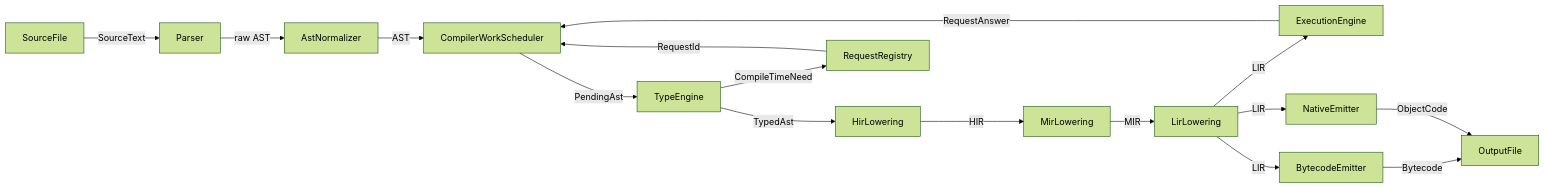
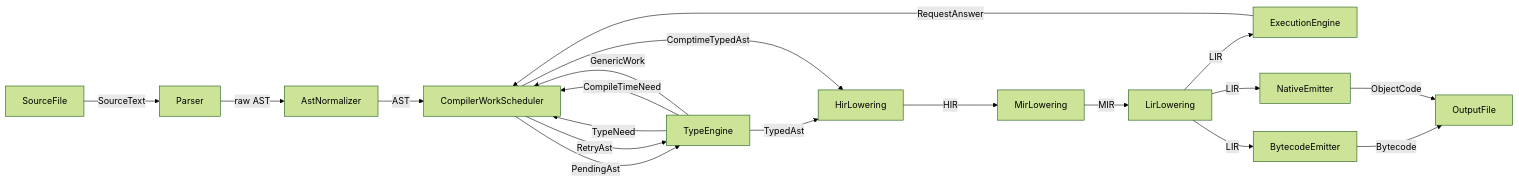
Before and after one commit to JakkuSakura/FerroPhase: the diagram in docs/Design.md, drawn with Mermaid (forest theme). The commit also changed other lines of this file and 26 other files, not shown here.

First line of the commit message:
feat(compiler): add CompilerScheduler with LIFO stack and blocking support

````diff
--- a/docs/Design.md
+++ b/docs/Design.md
@@ -28,18 +28,21 @@
 ```mermaid
 flowchart LR
     SourceFile[SourceFile] -->|SourceText| Parser[Parser]
     Parser -->|raw AST| AstNormalizer[AstNormalizer]
     AstNormalizer -->|AST| CompilerWorkScheduler[CompilerWorkScheduler]
     CompilerWorkScheduler -->|PendingAst| TypeEngine[TypeEngine]
     TypeEngine -->|TypedAst| HirLowering[HirLowering]
-    TypeEngine -->|CompileTimeNeed| RequestRegistry[RequestRegistry]
-    RequestRegistry -->|RequestId| CompilerWorkScheduler
+    TypeEngine -->|TypeNeed| CompilerWorkScheduler
+    TypeEngine -->|CompileTimeNeed| CompilerWorkScheduler
+    TypeEngine -->|GenericWork| CompilerWorkScheduler
+    CompilerWorkScheduler -->|ComptimeTypedAst| HirLowering
+    ExecutionEngine -->|RequestAnswer| CompilerWorkScheduler
+    CompilerWorkScheduler -->|RetryAst| TypeEngine
     HirLowering -->|HIR| MirLowering[MirLowering]
     MirLowering -->|MIR| LirLowering[LirLowering]
     LirLowering -->|LIR| ExecutionEngine[ExecutionEngine]
-    ExecutionEngine -->|RequestAnswer| CompilerWorkScheduler
     LirLowering -->|LIR| BytecodeEmitter[BytecodeEmitter]
     LirLowering -->|LIR| NativeEmitter[NativeEmitter]
     BytecodeEmitter -->|Bytecode| OutputFile[OutputFile]
     NativeEmitter -->|ObjectCode| OutputFile
 ```
````
